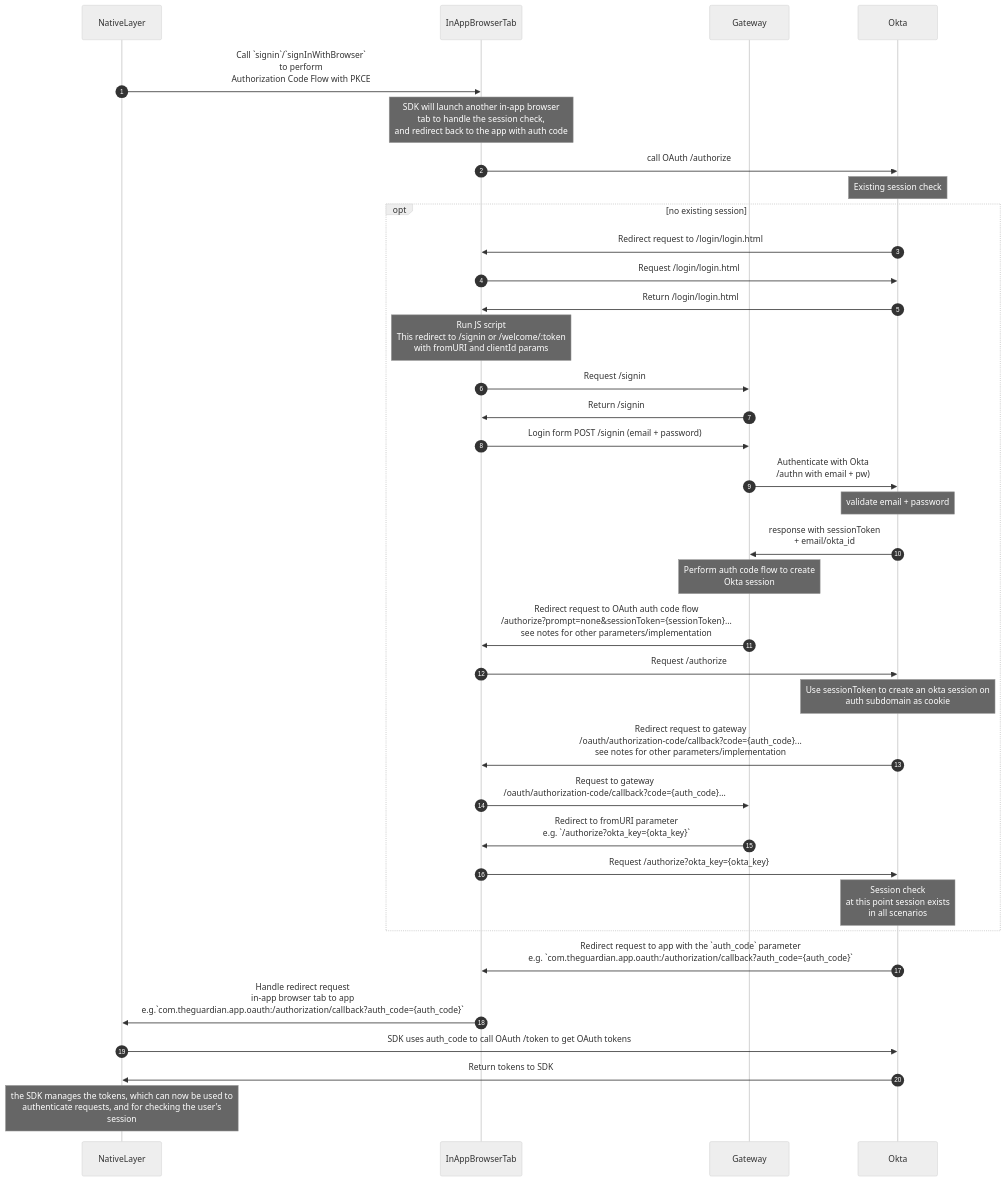
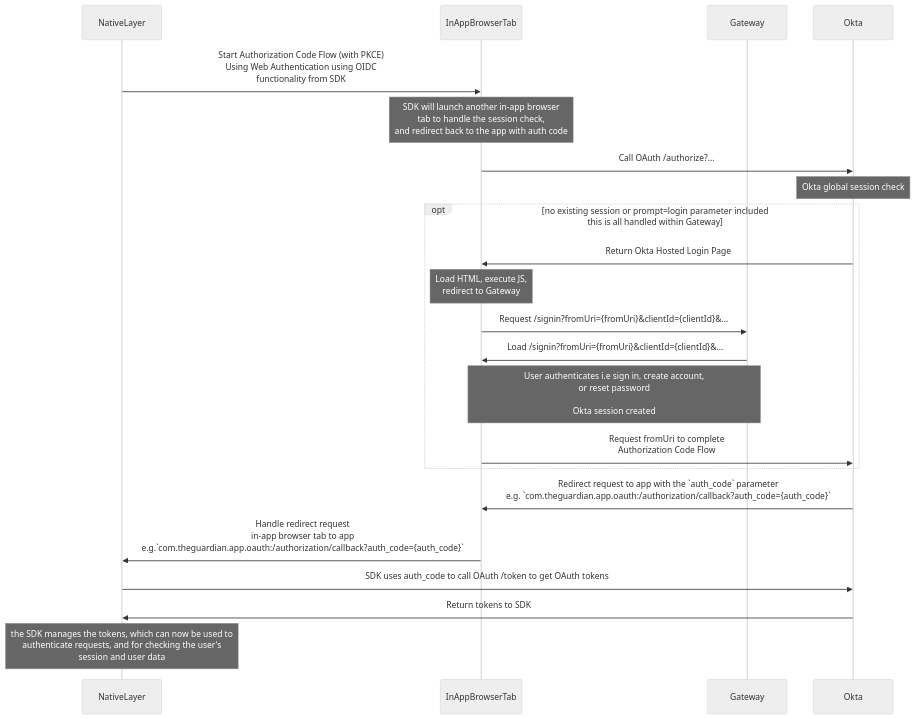
The diagram in docs/okta/native-apps-integration-guide.md (guardian/gateway), drawn with Mermaid (neutral theme) before and after one commit. The commit also changed other lines of this file and 14 other files, not shown here.

````diff
--- a/docs/okta/native-apps-integration-guide.md
+++ b/docs/okta/native-apps-integration-guide.md
@@ -104,40 +82,26 @@
 ```mermaid
 sequenceDiagram
-autonumber
 
 participant NativeLayer
 participant InAppBrowserTab
 participant Gateway
 participant Okta
 
-NativeLayer ->> InAppBrowserTab: Call `signin`/`signInWithBrowser`<br/>to perform<br />Authorization Code Flow with PKCE
+NativeLayer->>InAppBrowserTab: Start Authorization Code Flow (with PKCE)<br>Using Web Authentication using OIDC<br>functionality from SDK
 note over InAppBrowserTab: SDK will launch another in-app browser<br/>tab to handle the session check,<br/> and redirect back to the app with auth code
-InAppBrowserTab->>Okta: call OAuth /authorize
-note over Okta: Existing session check
-opt no existing session
-  Okta->>InAppBrowserTab: Redirect request to /login/login.html
-  InAppBrowserTab->>Okta: Request  /login/login.html
-  Okta->>InAppBrowserTab: Return /login/login.html
-  note over InAppBrowserTab: Run JS script<br>This redirect to /signin or /welcome/:token<br> with fromURI and clientId params
-  InAppBrowserTab->>Gateway: Request /signin
-  Gateway->>InAppBrowserTab: Return /signin
-  InAppBrowserTab ->> Gateway: Login form POST /signin (email + password)
-  Gateway ->> Okta: Authenticate with Okta<br/>/authn with email + pw)
-  note over Okta: validate email + password
-  Okta ->> Gateway: response with sessionToken<br/>+ email/okta_id
-  note over Gateway: Perform auth code flow to create<br>Okta session
-  Gateway ->> InAppBrowserTab: Redirect request to OAuth auth code flow<br/>/authorize?prompt=none&sessionToken={sessionToken}...<br>see notes for other parameters/implementation
-  InAppBrowserTab ->> Okta: Request /authorize
-  note over Okta: Use sessionToken to create an okta session on<br/>auth subdomain as cookie
-  Okta ->> InAppBrowserTab: Redirect request to gateway<br>/oauth/authorization-code/callback?code={auth_code}...<br/>see notes for other parameters/implementation
-  InAppBrowserTab ->> Gateway: Request to gateway<br>/oauth/authorization-code/callback?code={auth_code}...
-  Gateway ->> InAppBrowserTab: Redirect to fromURI parameter<br/> e.g. `/authorize?okta_key={okta_key}`
-  InAppBrowserTab ->> Okta: Request /authorize?okta_key={okta_key}
-  note over Okta: Session check<br>at this point session exists<br>in all scenarios
+InAppBrowserTab->>Okta: Call OAuth /authorize?...
+note over Okta: Okta global session check
+opt no existing session or prompt=login parameter included<br>this is all handled within Gateway
+  Okta->>InAppBrowserTab: Return Okta Hosted Login Page
+  note over InAppBrowserTab: Load HTML, execute JS,<br>redirect to Gateway
+  InAppBrowserTab->>Gateway: Request /signin?fromUri={fromUri}&clientId={clientId}&...
+  Gateway->>InAppBrowserTab: Load /signin?fromUri={fromUri}&clientId={clientId}&...
+  note over InAppBrowserTab,Gateway: User authenticates i.e sign in, create account,<br>or reset password<br><br>Okta session created
+  InAppBrowserTab->>Okta: Request fromUri to complete<br>Authorization Code Flow
 end
 Okta ->> InAppBrowserTab: Redirect request to app with the `auth_code` parameter<br/>e.g. `com.theguardian.app.oauth:/authorization/callback?auth_code={auth_code}`
 InAppBrowserTab ->> NativeLayer: Handle redirect request<br/>in-app browser tab to app<br/>e.g.`com.theguardian.app.oauth:/authorization/callback?auth_code={auth_code}`
 NativeLayer ->> Okta: SDK uses auth_code to call OAuth /token to get OAuth tokens
 Okta ->> NativeLayer: Return tokens to SDK
-note over NativeLayer: the SDK manages the tokens, which can now be used to<br/>authenticate requests, and for checking the user's<br/>session
+note over NativeLayer: the SDK manages the tokens, which can now be used to<br/>authenticate requests, and for checking the user's<br/>session and user data
 ```
````
